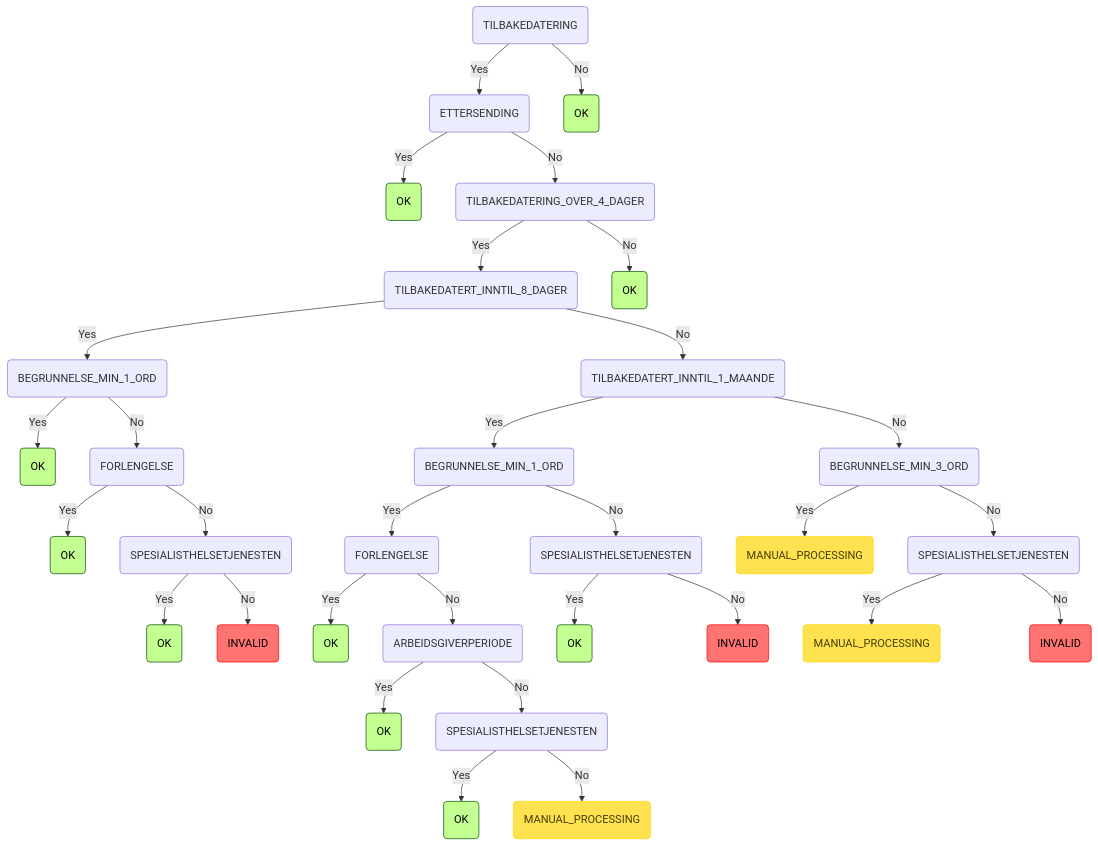
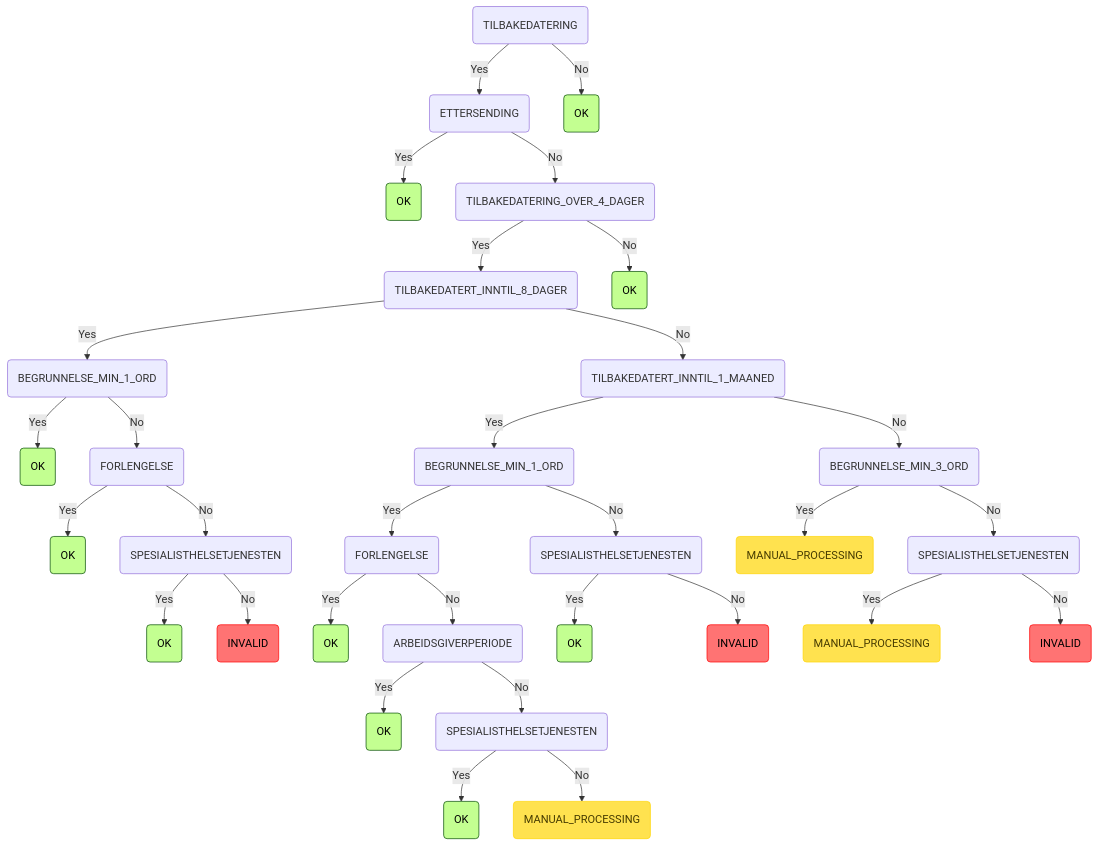
The ninth of 9 diagrams in README.md (navikt/syfosmregler), drawn with Mermaid before and after one commit. The commit also changed 3 other files, not shown here.

Commit message:
chore: rename from TILBAKEDATERT_INNTIL_1_MAANDE to TILBAKEDATERT_INNTIL_1_MAANED

````diff
--- a/README.md
+++ b/README.md
@@ -290,36 +290,36 @@
 ```mermaid
 graph TD
     root(TILBAKEDATERING) -->|Yes| root_TILBAKEDATERING_ETTERSENDING(ETTERSENDING)
     root_TILBAKEDATERING_ETTERSENDING(ETTERSENDING) -->|Yes| root_TILBAKEDATERING_ETTERSENDING_OK(OK):::ok
     root_TILBAKEDATERING_ETTERSENDING(ETTERSENDING) -->|No| root_TILBAKEDATERING_ETTERSENDING_TILBAKEDATERING_OVER_4_DAGER(TILBAKEDATERING_OVER_4_DAGER)
     root_TILBAKEDATERING_ETTERSENDING_TILBAKEDATERING_OVER_4_DAGER(TILBAKEDATERING_OVER_4_DAGER) -->|Yes| root_TILBAKEDATERING_ETTERSENDING_TILBAKEDATERING_OVER_4_DAGER_TILBAKEDATERT_INNTIL_8_DAGER(TILBAKEDATERT_INNTIL_8_DAGER)
     root_TILBAKEDATERING_ETTERSENDING_TILBAKEDATERING_OVER_4_DAGER_TILBAKEDATERT_INNTIL_8_DAGER(TILBAKEDATERT_INNTIL_8_DAGER) -->|Yes| root_TILBAKEDATERING_ETTERSENDING_TILBAKEDATERING_OVER_4_DAGER_TILBAKEDATERT_INNTIL_8_DAGER_BEGRUNNELSE_MIN_1_ORD(BEGRUNNELSE_MIN_1_ORD)
     root_TILBAKEDATERING_ETTERSENDING_TILBAKEDATERING_OVER_4_DAGER_TILBAKEDATERT_INNTIL_8_DAGER_BEGRUNNELSE_MIN_1_ORD(BEGRUNNELSE_MIN_1_ORD) -->|Yes| root_TILBAKEDATERING_ETTERSENDING_TILBAKEDATERING_OVER_4_DAGER_TILBAKEDATERT_INNTIL_8_DAGER_BEGRUNNELSE_MIN_1_ORD_OK(OK):::ok
     root_TILBAKEDATERING_ETTERSENDING_TILBAKEDATERING_OVER_4_DAGER_TILBAKEDATERT_INNTIL_8_DAGER_BEGRUNNELSE_MIN_1_ORD(BEGRUNNELSE_MIN_1_ORD) -->|No| root_TILBAKEDATERING_ETTERSENDING_TILBAKEDATERING_OVER_4_DAGER_TILBAKEDATERT_INNTIL_8_DAGER_BEGRUNNELSE_MIN_1_ORD_FORLENGELSE(FORLENGELSE)
     root_TILBAKEDATERING_ETTERSENDING_TILBAKEDATERING_OVER_4_DAGER_TILBAKEDATERT_INNTIL_8_DAGER_BEGRUNNELSE_MIN_1_ORD_FORLENGELSE(FORLENGELSE) -->|Yes| root_TILBAKEDATERING_ETTERSENDING_TILBAKEDATERING_OVER_4_DAGER_TILBAKEDATERT_INNTIL_8_DAGER_BEGRUNNELSE_MIN_1_ORD_FORLENGELSE_OK(OK):::ok
     root_TILBAKEDATERING_ETTERSENDING_TILBAKEDATERING_OVER_4_DAGER_TILBAKEDATERT_INNTIL_8_DAGER_BEGRUNNELSE_MIN_1_ORD_FORLENGELSE(FORLENGELSE) -->|No| root_TILBAKEDATERING_ETTERSENDING_TILBAKEDATERING_OVER_4_DAGER_TILBAKEDATERT_INNTIL_8_DAGER_BEGRUNNELSE_MIN_1_ORD_FORLENGELSE_SPESIALISTHELSETJENESTEN(SPESIALISTHELSETJENESTEN)
     root_TILBAKEDATERING_ETTERSENDING_TILBAKEDATERING_OVER_4_DAGER_TILBAKEDATERT_INNTIL_8_DAGER_BEGRUNNELSE_MIN_1_ORD_FORLENGELSE_SPESIALISTHELSETJENESTEN(SPESIALISTHELSETJENESTEN) -->|Yes| root_TILBAKEDATERING_ETTERSENDING_TILBAKEDATERING_OVER_4_DAGER_TILBAKEDATERT_INNTIL_8_DAGER_BEGRUNNELSE_MIN_1_ORD_FORLENGELSE_SPESIALISTHELSETJENESTEN_OK(OK):::ok
     root_TILBAKEDATERING_ETTERSENDING_TILBAKEDATERING_OVER_4_DAGER_TILBAKEDATERT_INNTIL_8_DAGER_BEGRUNNELSE_MIN_1_ORD_FORLENGELSE_SPESIALISTHELSETJENESTEN(SPESIALISTHELSETJENESTEN) -->|No| root_TILBAKEDATERING_ETTERSENDING_TILBAKEDATERING_OVER_4_DAGER_TILBAKEDATERT_INNTIL_8_DAGER_BEGRUNNELSE_MIN_1_ORD_FORLENGELSE_SPESIALISTHELSETJENESTEN_INVALID(INVALID):::invalid
-    root_TILBAKEDATERING_ETTERSENDING_TILBAKEDATERING_OVER_4_DAGER_TILBAKEDATERT_INNTIL_8_DAGER(TILBAKEDATERT_INNTIL_8_DAGER) -->|No| root_TILBAKEDATERING_ETTERSENDING_TILBAKEDATERING_OVER_4_DAGER_TILBAKEDATERT_INNTIL_8_DAGER_TILBAKEDATERT_INNTIL_1_MAANDE(TILBAKEDATERT_INNTIL_1_MAANDE)
-    root_TILBAKEDATERING_ETTERSENDING_TILBAKEDATERING_OVER_4_DAGER_TILBAKEDATERT_INNTIL_8_DAGER_TILBAKEDATERT_INNTIL_1_MAANDE(TILBAKEDATERT_INNTIL_1_MAANDE) -->|Yes| root_TILBAKEDATERING_ETTERSENDING_TILBAKEDATERING_OVER_4_DAGER_TILBAKEDATERT_INNTIL_8_DAGER_TILBAKEDATERT_INNTIL_1_MAANDE_BEGRUNNELSE_MIN_1_ORD(BEGRUNNELSE_MIN_1_ORD)
-    root_TILBAKEDATERING_ETTERSENDING_TILBAKEDATERING_OVER_4_DAGER_TILBAKEDATERT_INNTIL_8_DAGER_TILBAKEDATERT_INNTIL_1_MAANDE_BEGRUNNELSE_MIN_1_ORD(BEGRUNNELSE_MIN_1_ORD) -->|Yes| root_TILBAKEDATERING_ETTERSENDING_TILBAKEDATERING_OVER_4_DAGER_TILBAKEDATERT_INNTIL_8_DAGER_TILBAKEDATERT_INNTIL_1_MAANDE_BEGRUNNELSE_MIN_1_ORD_FORLENGELSE(FORLENGELSE)
-    root_TILBAKEDATERING_ETTERSENDING_TILBAKEDATERING_OVER_4_DAGER_TILBAKEDATERT_INNTIL_8_DAGER_TILBAKEDATERT_INNTIL_1_MAANDE_BEGRUNNELSE_MIN_1_ORD_FORLENGELSE(FORLENGELSE) -->|Yes| root_TILBAKEDATERING_ETTERSENDING_TILBAKEDATERING_OVER_4_DAGER_TILBAKEDATERT_INNTIL_8_DAGER_TILBAKEDATERT_INNTIL_1_MAANDE_BEGRUNNELSE_MIN_1_ORD_FORLENGELSE_OK(OK):::ok
-    root_TILBAKEDATERING_ETTERSENDING_TILBAKEDATERING_OVER_4_DAGER_TILBAKEDATERT_INNTIL_8_DAGER_TILBAKEDATERT_INNTIL_1_MAANDE_BEGRUNNELSE_MIN_1_ORD_FORLENGELSE(FORLENGELSE) -->|No| root_TILBAKEDATERING_ETTERSENDING_TILBAKEDATERING_OVER_4_DAGER_TILBAKEDATERT_INNTIL_8_DAGER_TILBAKEDATERT_INNTIL_1_MAANDE_BEGRUNNELSE_MIN_1_ORD_FORLENGELSE_ARBEIDSGIVERPERIODE(ARBEIDSGIVERPERIODE)
-    root_TILBAKEDATERING_ETTERSENDING_TILBAKEDATERING_OVER_4_DAGER_TILBAKEDATERT_INNTIL_8_DAGER_TILBAKEDATERT_INNTIL_1_MAANDE_BEGRUNNELSE_MIN_1_ORD_FORLENGELSE_ARBEIDSGIVERPERIODE(ARBEIDSGIVERPERIODE) -->|Yes| root_TILBAKEDATERING_ETTERSENDING_TILBAKEDATERING_OVER_4_DAGER_TILBAKEDATERT_INNTIL_8_DAGER_TILBAKEDATERT_INNTIL_1_MAANDE_BEGRUNNELSE_MIN_1_ORD_FORLENGELSE_ARBEIDSGIVERPERIODE_OK(OK):::ok
-    root_TILBAKEDATERING_ETTERSENDING_TILBAKEDATERING_OVER_4_DAGER_TILBAKEDATERT_INNTIL_8_DAGER_TILBAKEDATERT_INNTIL_1_MAANDE_BEGRUNNELSE_MIN_1_ORD_FORLENGELSE_ARBEIDSGIVERPERIODE(ARBEIDSGIVERPERIODE) -->|No| root_TILBAKEDATERING_ETTERSENDING_TILBAKEDATERING_OVER_4_DAGER_TILBAKEDATERT_INNTIL_8_DAGER_TILBAKEDATERT_INNTIL_1_MAANDE_BEGRUNNELSE_MIN_1_ORD_FORLENGELSE_ARBEIDSGIVERPERIODE_SPESIALISTHELSETJENESTEN(SPESIALISTHELSETJENESTEN)
-    root_TILBAKEDATERING_ETTERSENDING_TILBAKEDATERING_OVER_4_DAGER_TILBAKEDATERT_INNTIL_8_DAGER_TILBAKEDATERT_INNTIL_1_MAANDE_BEGRUNNELSE_MIN_1_ORD_FORLENGELSE_ARBEIDSGIVERPERIODE_SPESIALISTHELSETJENESTEN(SPESIALISTHELSETJENESTEN) -->|Yes| root_TILBAKEDATERING_ETTERSENDING_TILBAKEDATERING_OVER_4_DAGER_TILBAKEDATERT_INNTIL_8_DAGER_TILBAKEDATERT_INNTIL_1_MAANDE_BEGRUNNELSE_MIN_1_ORD_FORLENGELSE_ARBEIDSGIVERPERIODE_SPESIALISTHELSETJENESTEN_OK(OK):::ok
-    root_TILBAKEDATERING_ETTERSENDING_TILBAKEDATERING_OVER_4_DAGER_TILBAKEDATERT_INNTIL_8_DAGER_TILBAKEDATERT_INNTIL_1_MAANDE_BEGRUNNELSE_MIN_1_ORD_FORLENGELSE_ARBEIDSGIVERPERIODE_SPESIALISTHELSETJENESTEN(SPESIALISTHELSETJENESTEN) -->|No| root_TILBAKEDATERING_ETTERSENDING_TILBAKEDATERING_OVER_4_DAGER_TILBAKEDATERT_INNTIL_8_DAGER_TILBAKEDATERT_INNTIL_1_MAANDE_BEGRUNNELSE_MIN_1_ORD_FORLENGELSE_ARBEIDSGIVERPERIODE_SPESIALISTHELSETJENESTEN_MANUAL_PROCESSING(MANUAL_PROCESSING):::manuell
-    root_TILBAKEDATERING_ETTERSENDING_TILBAKEDATERING_OVER_4_DAGER_TILBAKEDATERT_INNTIL_8_DAGER_TILBAKEDATERT_INNTIL_1_MAANDE_BEGRUNNELSE_MIN_1_ORD(BEGRUNNELSE_MIN_1_ORD) -->|No| root_TILBAKEDATERING_ETTERSENDING_TILBAKEDATERING_OVER_4_DAGER_TILBAKEDATERT_INNTIL_8_DAGER_TILBAKEDATERT_INNTIL_1_MAANDE_BEGRUNNELSE_MIN_1_ORD_SPESIALISTHELSETJENESTEN(SPESIALISTHELSETJENESTEN)
-    root_TILBAKEDATERING_ETTERSENDING_TILBAKEDATERING_OVER_4_DAGER_TILBAKEDATERT_INNTIL_8_DAGER_TILBAKEDATERT_INNTIL_1_MAANDE_BEGRUNNELSE_MIN_1_ORD_SPESIALISTHELSETJENESTEN(SPESIALISTHELSETJENESTEN) -->|Yes| root_TILBAKEDATERING_ETTERSENDING_TILBAKEDATERING_OVER_4_DAGER_TILBAKEDATERT_INNTIL_8_DAGER_TILBAKEDATERT_INNTIL_1_MAANDE_BEGRUNNELSE_MIN_1_ORD_SPESIALISTHELSETJENESTEN_OK(OK):::ok
-    root_TILBAKEDATERING_ETTERSENDING_TILBAKEDATERING_OVER_4_DAGER_TILBAKEDATERT_INNTIL_8_DAGER_TILBAKEDATERT_INNTIL_1_MAANDE_BEGRUNNELSE_MIN_1_ORD_SPESIALISTHELSETJENESTEN(SPESIALISTHELSETJENESTEN) -->|No| root_TILBAKEDATERING_ETTERSENDING_TILBAKEDATERING_OVER_4_DAGER_TILBAKEDATERT_INNTIL_8_DAGER_TILBAKEDATERT_INNTIL_1_MAANDE_BEGRUNNELSE_MIN_1_ORD_SPESIALISTHELSETJENESTEN_INVALID(INVALID):::invalid
-    root_TILBAKEDATERING_ETTERSENDING_TILBAKEDATERING_OVER_4_DAGER_TILBAKEDATERT_INNTIL_8_DAGER_TILBAKEDATERT_INNTIL_1_MAANDE(TILBAKEDATERT_INNTIL_1_MAANDE) -->|No| root_TILBAKEDATERING_ETTERSENDING_TILBAKEDATERING_OVER_4_DAGER_TILBAKEDATERT_INNTIL_8_DAGER_TILBAKEDATERT_INNTIL_1_MAANDE_BEGRUNNELSE_MIN_3_ORD(BEGRUNNELSE_MIN_3_ORD)
-    root_TILBAKEDATERING_ETTERSENDING_TILBAKEDATERING_OVER_4_DAGER_TILBAKEDATERT_INNTIL_8_DAGER_TILBAKEDATERT_INNTIL_1_MAANDE_BEGRUNNELSE_MIN_3_ORD(BEGRUNNELSE_MIN_3_ORD) -->|Yes| root_TILBAKEDATERING_ETTERSENDING_TILBAKEDATERING_OVER_4_DAGER_TILBAKEDATERT_INNTIL_8_DAGER_TILBAKEDATERT_INNTIL_1_MAANDE_BEGRUNNELSE_MIN_3_ORD_MANUAL_PROCESSING(MANUAL_PROCESSING):::manuell
-    root_TILBAKEDATERING_ETTERSENDING_TILBAKEDATERING_OVER_4_DAGER_TILBAKEDATERT_INNTIL_8_DAGER_TILBAKEDATERT_INNTIL_1_MAANDE_BEGRUNNELSE_MIN_3_ORD(BEGRUNNELSE_MIN_3_ORD) -->|No| root_TILBAKEDATERING_ETTERSENDING_TILBAKEDATERING_OVER_4_DAGER_TILBAKEDATERT_INNTIL_8_DAGER_TILBAKEDATERT_INNTIL_1_MAANDE_BEGRUNNELSE_MIN_3_ORD_SPESIALISTHELSETJENESTEN(SPESIALISTHELSETJENESTEN)
-    root_TILBAKEDATERING_ETTERSENDING_TILBAKEDATERING_OVER_4_DAGER_TILBAKEDATERT_INNTIL_8_DAGER_TILBAKEDATERT_INNTIL_1_MAANDE_BEGRUNNELSE_MIN_3_ORD_SPESIALISTHELSETJENESTEN(SPESIALISTHELSETJENESTEN) -->|Yes| root_TILBAKEDATERING_ETTERSENDING_TILBAKEDATERING_OVER_4_DAGER_TILBAKEDATERT_INNTIL_8_DAGER_TILBAKEDATERT_INNTIL_1_MAANDE_BEGRUNNELSE_MIN_3_ORD_SPESIALISTHELSETJENESTEN_MANUAL_PROCESSING(MANUAL_PROCESSING):::manuell
-    root_TILBAKEDATERING_ETTERSENDING_TILBAKEDATERING_OVER_4_DAGER_TILBAKEDATERT_INNTIL_8_DAGER_TILBAKEDATERT_INNTIL_1_MAANDE_BEGRUNNELSE_MIN_3_ORD_SPESIALISTHELSETJENESTEN(SPESIALISTHELSETJENESTEN) -->|No| root_TILBAKEDATERING_ETTERSENDING_TILBAKEDATERING_OVER_4_DAGER_TILBAKEDATERT_INNTIL_8_DAGER_TILBAKEDATERT_INNTIL_1_MAANDE_BEGRUNNELSE_MIN_3_ORD_SPESIALISTHELSETJENESTEN_INVALID(INVALID):::invalid
+    root_TILBAKEDATERING_ETTERSENDING_TILBAKEDATERING_OVER_4_DAGER_TILBAKEDATERT_INNTIL_8_DAGER(TILBAKEDATERT_INNTIL_8_DAGER) -->|No| root_TILBAKEDATERING_ETTERSENDING_TILBAKEDATERING_OVER_4_DAGER_TILBAKEDATERT_INNTIL_8_DAGER_TILBAKEDATERT_INNTIL_1_MAANED(TILBAKEDATERT_INNTIL_1_MAANED)
+    root_TILBAKEDATERING_ETTERSENDING_TILBAKEDATERING_OVER_4_DAGER_TILBAKEDATERT_INNTIL_8_DAGER_TILBAKEDATERT_INNTIL_1_MAANED(TILBAKEDATERT_INNTIL_1_MAANED) -->|Yes| root_TILBAKEDATERING_ETTERSENDING_TILBAKEDATERING_OVER_4_DAGER_TILBAKEDATERT_INNTIL_8_DAGER_TILBAKEDATERT_INNTIL_1_MAANED_BEGRUNNELSE_MIN_1_ORD(BEGRUNNELSE_MIN_1_ORD)
+    root_TILBAKEDATERING_ETTERSENDING_TILBAKEDATERING_OVER_4_DAGER_TILBAKEDATERT_INNTIL_8_DAGER_TILBAKEDATERT_INNTIL_1_MAANED_BEGRUNNELSE_MIN_1_ORD(BEGRUNNELSE_MIN_1_ORD) -->|Yes| root_TILBAKEDATERING_ETTERSENDING_TILBAKEDATERING_OVER_4_DAGER_TILBAKEDATERT_INNTIL_8_DAGER_TILBAKEDATERT_INNTIL_1_MAANED_BEGRUNNELSE_MIN_1_ORD_FORLENGELSE(FORLENGELSE)
+    root_TILBAKEDATERING_ETTERSENDING_TILBAKEDATERING_OVER_4_DAGER_TILBAKEDATERT_INNTIL_8_DAGER_TILBAKEDATERT_INNTIL_1_MAANED_BEGRUNNELSE_MIN_1_ORD_FORLENGELSE(FORLENGELSE) -->|Yes| root_TILBAKEDATERING_ETTERSENDING_TILBAKEDATERING_OVER_4_DAGER_TILBAKEDATERT_INNTIL_8_DAGER_TILBAKEDATERT_INNTIL_1_MAANED_BEGRUNNELSE_MIN_1_ORD_FORLENGELSE_OK(OK):::ok
+    root_TILBAKEDATERING_ETTERSENDING_TILBAKEDATERING_OVER_4_DAGER_TILBAKEDATERT_INNTIL_8_DAGER_TILBAKEDATERT_INNTIL_1_MAANED_BEGRUNNELSE_MIN_1_ORD_FORLENGELSE(FORLENGELSE) -->|No| root_TILBAKEDATERING_ETTERSENDING_TILBAKEDATERING_OVER_4_DAGER_TILBAKEDATERT_INNTIL_8_DAGER_TILBAKEDATERT_INNTIL_1_MAANED_BEGRUNNELSE_MIN_1_ORD_FORLENGELSE_ARBEIDSGIVERPERIODE(ARBEIDSGIVERPERIODE)
+    root_TILBAKEDATERING_ETTERSENDING_TILBAKEDATERING_OVER_4_DAGER_TILBAKEDATERT_INNTIL_8_DAGER_TILBAKEDATERT_INNTIL_1_MAANED_BEGRUNNELSE_MIN_1_ORD_FORLENGELSE_ARBEIDSGIVERPERIODE(ARBEIDSGIVERPERIODE) -->|Yes| root_TILBAKEDATERING_ETTERSENDING_TILBAKEDATERING_OVER_4_DAGER_TILBAKEDATERT_INNTIL_8_DAGER_TILBAKEDATERT_INNTIL_1_MAANED_BEGRUNNELSE_MIN_1_ORD_FORLENGELSE_ARBEIDSGIVERPERIODE_OK(OK):::ok
+    root_TILBAKEDATERING_ETTERSENDING_TILBAKEDATERING_OVER_4_DAGER_TILBAKEDATERT_INNTIL_8_DAGER_TILBAKEDATERT_INNTIL_1_MAANED_BEGRUNNELSE_MIN_1_ORD_FORLENGELSE_ARBEIDSGIVERPERIODE(ARBEIDSGIVERPERIODE) -->|No| root_TILBAKEDATERING_ETTERSENDING_TILBAKEDATERING_OVER_4_DAGER_TILBAKEDATERT_INNTIL_8_DAGER_TILBAKEDATERT_INNTIL_1_MAANED_BEGRUNNELSE_MIN_1_ORD_FORLENGELSE_ARBEIDSGIVERPERIODE_SPESIALISTHELSETJENESTEN(SPESIALISTHELSETJENESTEN)
+    root_TILBAKEDATERING_ETTERSENDING_TILBAKEDATERING_OVER_4_DAGER_TILBAKEDATERT_INNTIL_8_DAGER_TILBAKEDATERT_INNTIL_1_MAANED_BEGRUNNELSE_MIN_1_ORD_FORLENGELSE_ARBEIDSGIVERPERIODE_SPESIALISTHELSETJENESTEN(SPESIALISTHELSETJENESTEN) -->|Yes| root_TILBAKEDATERING_ETTERSENDING_TILBAKEDATERING_OVER_4_DAGER_TILBAKEDATERT_INNTIL_8_DAGER_TILBAKEDATERT_INNTIL_1_MAANED_BEGRUNNELSE_MIN_1_ORD_FORLENGELSE_ARBEIDSGIVERPERIODE_SPESIALISTHELSETJENESTEN_OK(OK):::ok
+    root_TILBAKEDATERING_ETTERSENDING_TILBAKEDATERING_OVER_4_DAGER_TILBAKEDATERT_INNTIL_8_DAGER_TILBAKEDATERT_INNTIL_1_MAANED_BEGRUNNELSE_MIN_1_ORD_FORLENGELSE_ARBEIDSGIVERPERIODE_SPESIALISTHELSETJENESTEN(SPESIALISTHELSETJENESTEN) -->|No| root_TILBAKEDATERING_ETTERSENDING_TILBAKEDATERING_OVER_4_DAGER_TILBAKEDATERT_INNTIL_8_DAGER_TILBAKEDATERT_INNTIL_1_MAANED_BEGRUNNELSE_MIN_1_ORD_FORLENGELSE_ARBEIDSGIVERPERIODE_SPESIALISTHELSETJENESTEN_MANUAL_PROCESSING(MANUAL_PROCESSING):::manuell
+    root_TILBAKEDATERING_ETTERSENDING_TILBAKEDATERING_OVER_4_DAGER_TILBAKEDATERT_INNTIL_8_DAGER_TILBAKEDATERT_INNTIL_1_MAANED_BEGRUNNELSE_MIN_1_ORD(BEGRUNNELSE_MIN_1_ORD) -->|No| root_TILBAKEDATERING_ETTERSENDING_TILBAKEDATERING_OVER_4_DAGER_TILBAKEDATERT_INNTIL_8_DAGER_TILBAKEDATERT_INNTIL_1_MAANED_BEGRUNNELSE_MIN_1_ORD_SPESIALISTHELSETJENESTEN(SPESIALISTHELSETJENESTEN)
+    root_TILBAKEDATERING_ETTERSENDING_TILBAKEDATERING_OVER_4_DAGER_TILBAKEDATERT_INNTIL_8_DAGER_TILBAKEDATERT_INNTIL_1_MAANED_BEGRUNNELSE_MIN_1_ORD_SPESIALISTHELSETJENESTEN(SPESIALISTHELSETJENESTEN) -->|Yes| root_TILBAKEDATERING_ETTERSENDING_TILBAKEDATERING_OVER_4_DAGER_TILBAKEDATERT_INNTIL_8_DAGER_TILBAKEDATERT_INNTIL_1_MAANED_BEGRUNNELSE_MIN_1_ORD_SPESIALISTHELSETJENESTEN_OK(OK):::ok
+    root_TILBAKEDATERING_ETTERSENDING_TILBAKEDATERING_OVER_4_DAGER_TILBAKEDATERT_INNTIL_8_DAGER_TILBAKEDATERT_INNTIL_1_MAANED_BEGRUNNELSE_MIN_1_ORD_SPESIALISTHELSETJENESTEN(SPESIALISTHELSETJENESTEN) -->|No| root_TILBAKEDATERING_ETTERSENDING_TILBAKEDATERING_OVER_4_DAGER_TILBAKEDATERT_INNTIL_8_DAGER_TILBAKEDATERT_INNTIL_1_MAANED_BEGRUNNELSE_MIN_1_ORD_SPESIALISTHELSETJENESTEN_INVALID(INVALID):::invalid
+    root_TILBAKEDATERING_ETTERSENDING_TILBAKEDATERING_OVER_4_DAGER_TILBAKEDATERT_INNTIL_8_DAGER_TILBAKEDATERT_INNTIL_1_MAANED(TILBAKEDATERT_INNTIL_1_MAANED) -->|No| root_TILBAKEDATERING_ETTERSENDING_TILBAKEDATERING_OVER_4_DAGER_TILBAKEDATERT_INNTIL_8_DAGER_TILBAKEDATERT_INNTIL_1_MAANED_BEGRUNNELSE_MIN_3_ORD(BEGRUNNELSE_MIN_3_ORD)
+    root_TILBAKEDATERING_ETTERSENDING_TILBAKEDATERING_OVER_4_DAGER_TILBAKEDATERT_INNTIL_8_DAGER_TILBAKEDATERT_INNTIL_1_MAANED_BEGRUNNELSE_MIN_3_ORD(BEGRUNNELSE_MIN_3_ORD) -->|Yes| root_TILBAKEDATERING_ETTERSENDING_TILBAKEDATERING_OVER_4_DAGER_TILBAKEDATERT_INNTIL_8_DAGER_TILBAKEDATERT_INNTIL_1_MAANED_BEGRUNNELSE_MIN_3_ORD_MANUAL_PROCESSING(MANUAL_PROCESSING):::manuell
+    root_TILBAKEDATERING_ETTERSENDING_TILBAKEDATERING_OVER_4_DAGER_TILBAKEDATERT_INNTIL_8_DAGER_TILBAKEDATERT_INNTIL_1_MAANED_BEGRUNNELSE_MIN_3_ORD(BEGRUNNELSE_MIN_3_ORD) -->|No| root_TILBAKEDATERING_ETTERSENDING_TILBAKEDATERING_OVER_4_DAGER_TILBAKEDATERT_INNTIL_8_DAGER_TILBAKEDATERT_INNTIL_1_MAANED_BEGRUNNELSE_MIN_3_ORD_SPESIALISTHELSETJENESTEN(SPESIALISTHELSETJENESTEN)
+    root_TILBAKEDATERING_ETTERSENDING_TILBAKEDATERING_OVER_4_DAGER_TILBAKEDATERT_INNTIL_8_DAGER_TILBAKEDATERT_INNTIL_1_MAANED_BEGRUNNELSE_MIN_3_ORD_SPESIALISTHELSETJENESTEN(SPESIALISTHELSETJENESTEN) -->|Yes| root_TILBAKEDATERING_ETTERSENDING_TILBAKEDATERING_OVER_4_DAGER_TILBAKEDATERT_INNTIL_8_DAGER_TILBAKEDATERT_INNTIL_1_MAANED_BEGRUNNELSE_MIN_3_ORD_SPESIALISTHELSETJENESTEN_MANUAL_PROCESSING(MANUAL_PROCESSING):::manuell
+    root_TILBAKEDATERING_ETTERSENDING_TILBAKEDATERING_OVER_4_DAGER_TILBAKEDATERT_INNTIL_8_DAGER_TILBAKEDATERT_INNTIL_1_MAANED_BEGRUNNELSE_MIN_3_ORD_SPESIALISTHELSETJENESTEN(SPESIALISTHELSETJENESTEN) -->|No| root_TILBAKEDATERING_ETTERSENDING_TILBAKEDATERING_OVER_4_DAGER_TILBAKEDATERT_INNTIL_8_DAGER_TILBAKEDATERT_INNTIL_1_MAANED_BEGRUNNELSE_MIN_3_ORD_SPESIALISTHELSETJENESTEN_INVALID(INVALID):::invalid
     root_TILBAKEDATERING_ETTERSENDING_TILBAKEDATERING_OVER_4_DAGER(TILBAKEDATERING_OVER_4_DAGER) -->|No| root_TILBAKEDATERING_ETTERSENDING_TILBAKEDATERING_OVER_4_DAGER_OK(OK):::ok
     root(TILBAKEDATERING) -->|No| root_TILBAKEDATERING_OK(OK):::ok
     classDef ok fill:#c3ff91,stroke:#004a00,color: black;
     classDef invalid fill:#ff7373,stroke:#ff0000,color: black;
     classDef manuell fill:#ffe24f,stroke:#ffd500,color: #473c00;
 ```
````
